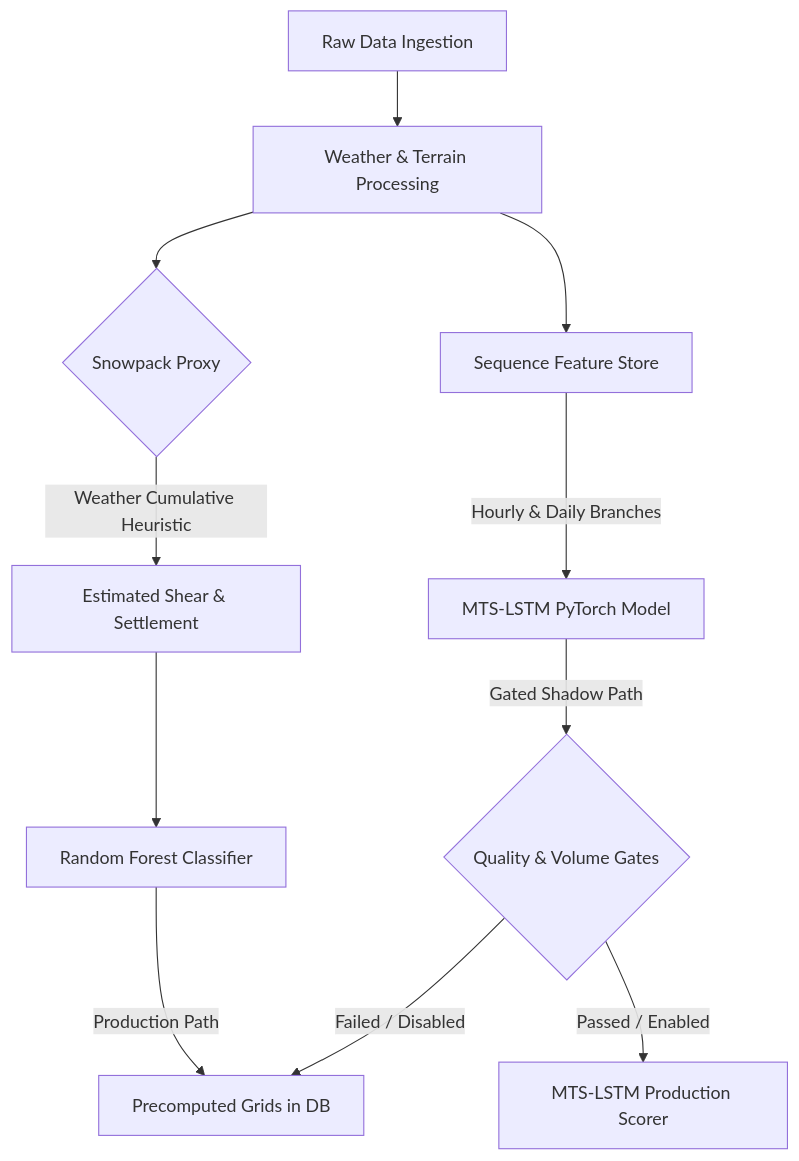
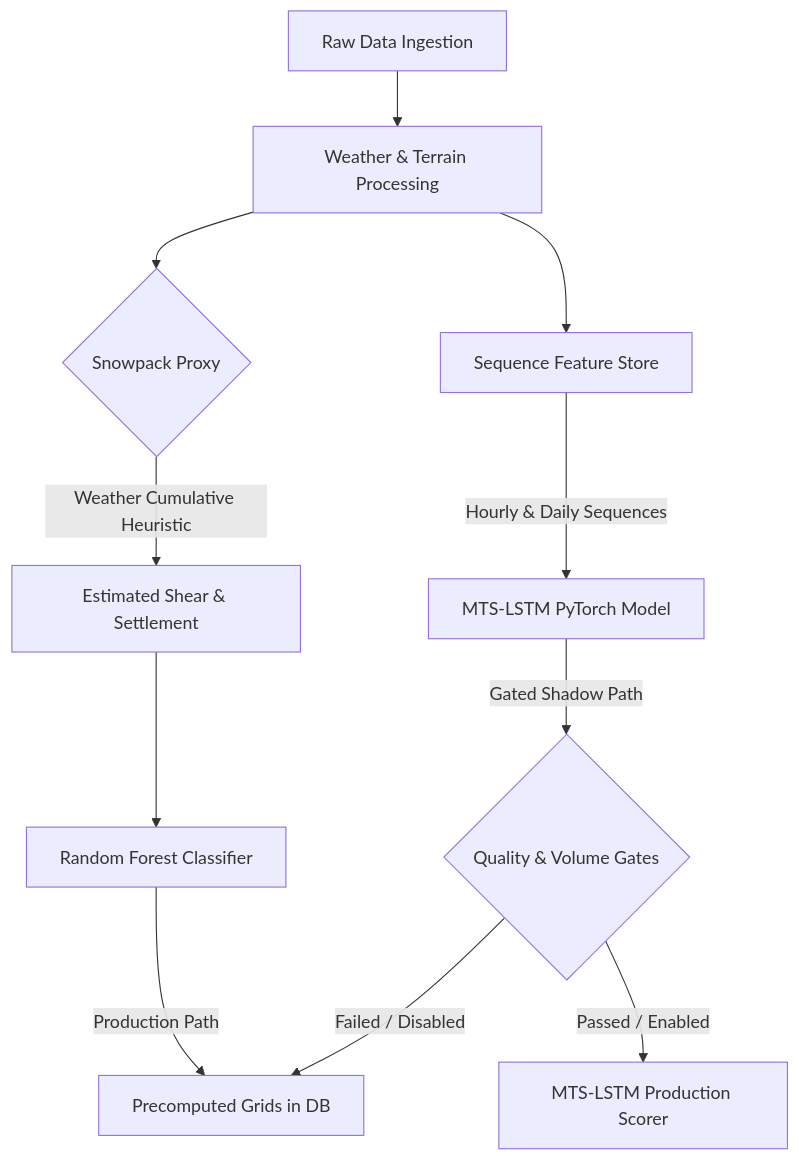
The diagram in docs/MVP_V2/customer_alignment_gap_report.md (sanjabh1103/avalanche-insight-hub), drawn with Mermaid before and after one commit. The commit also changed other lines of this file and 2 other files, not shown here.

````diff
--- a/docs/MVP_V2/customer_alignment_gap_report.md
+++ b/docs/MVP_V2/customer_alignment_gap_report.md
@@ -79,14 +81,14 @@
 ```mermaid
 graph TD
     A[Raw Data Ingestion] --> B[Weather & Terrain Processing]
     B --> C{Snowpack Proxy}
     C -->|Weather Cumulative Heuristic| D[Estimated Shear & Settlement]
     D --> E[Random Forest Classifier]
     E -->|Production Path| F[Precomputed Grids in DB]
     
     B --> G[Sequence Feature Store]
-    G -->|Hourly & Daily Branches| H[MTS-LSTM PyTorch Model]
+    G -->|Hourly & Daily Sequences| H[MTS-LSTM PyTorch Model]
     H -->|Gated Shadow Path| I{Quality & Volume Gates}
     I -->|Failed / Disabled| F
     I -->|Passed / Enabled| J[MTS-LSTM Production Scorer]
 ```
````
